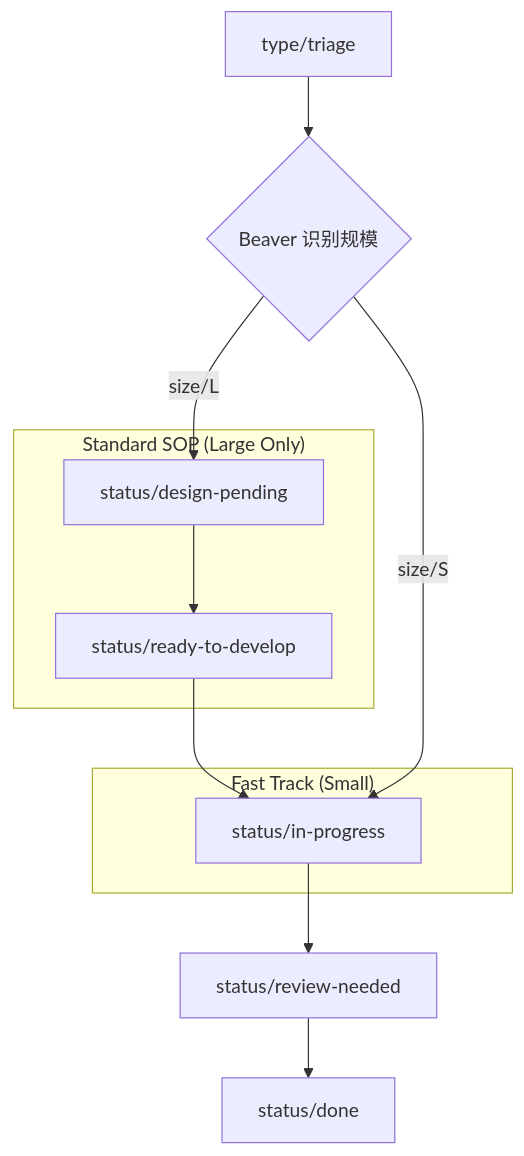
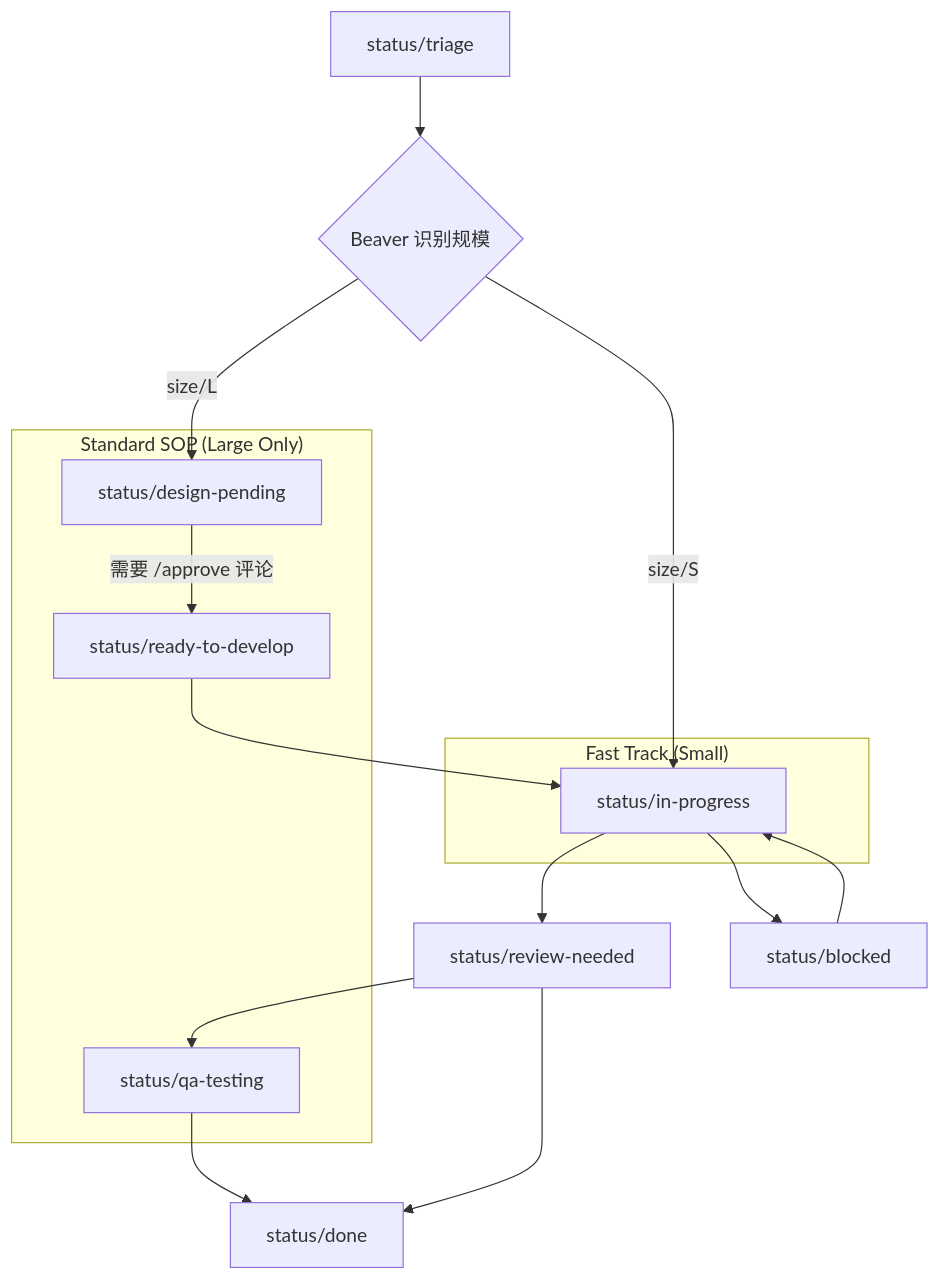
The diagram in docs/projects/beaver/label-system.md (primatrix/strix), drawn with Mermaid before and after one commit. The commit also changed other lines of this file, not shown here.

````diff
--- a/docs/projects/beaver/label-system.md
+++ b/docs/projects/beaver/label-system.md
@@ -76,22 +77,27 @@
 ```mermaid
 graph TD
-    A[type/triage] --> B{Beaver 识别规模}
+    A[status/triage] --> B{Beaver 识别规模}
 
     B -->|size/L| D[status/design-pending]
-    D --> E[status/ready-to-develop]
+    D -->|需要 /approve 评论| E[status/ready-to-develop]
     E --> F[status/in-progress]
 
     B -->|size/S| F
 
     F --> G[status/review-needed]
+    F --> BLK[status/blocked]
+    BLK --> F
     G --> H[status/done]
+    G --> QA[status/qa-testing]
+    QA --> H
 
     subgraph "Standard SOP (Large Only)"
     D
     E
+    QA
     end
 
     subgraph "Fast Track (Small)"
     F
     end
 ```
````
